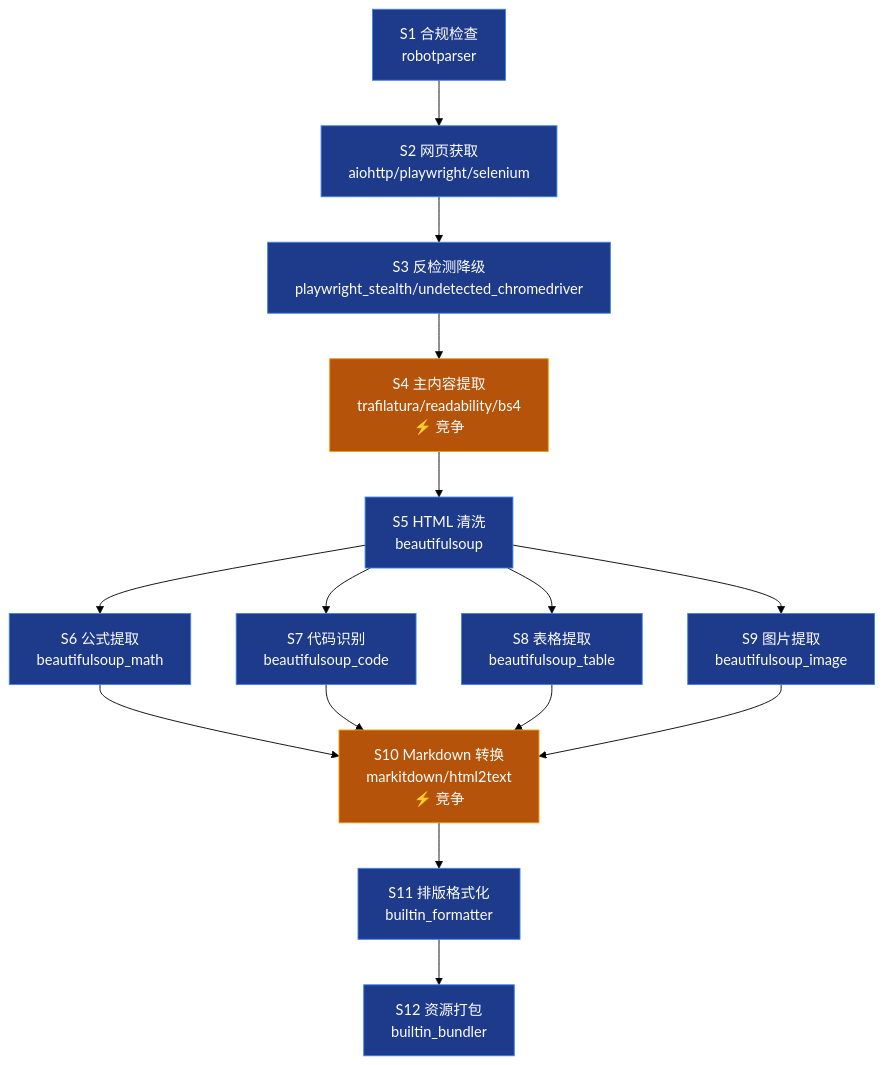
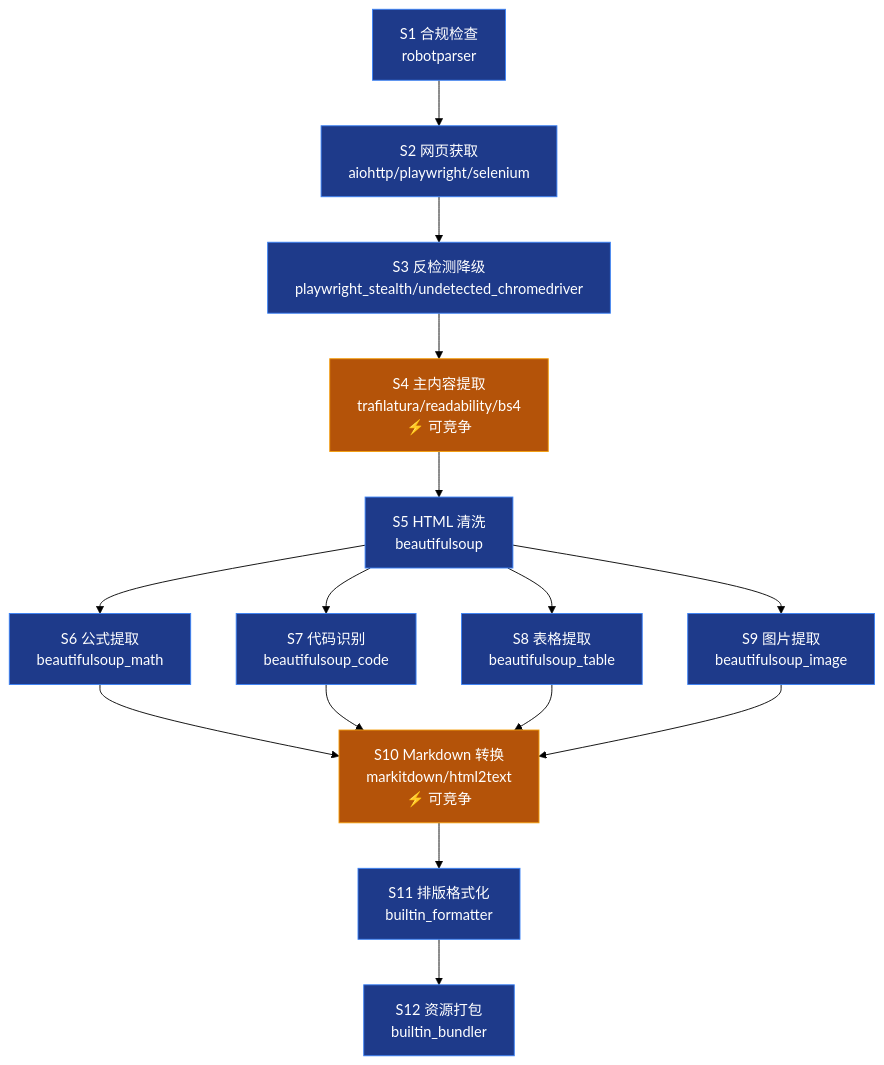
One commit to ThreeFish-AI/negentropy-perceives changed the sixth of 10 diagrams in docs/framework.md. Above: the diagram before and after it, drawn with Mermaid (forest theme). The commit also changed other lines of this file and 4 other files, not shown here.

````diff
--- a/docs/framework.md
+++ b/docs/framework.md
@@ -235,32 +237,32 @@
 ```mermaid
 graph TD
     WS1["S1 合规检查<br/>robotparser"] --> WS2["S2 网页获取<br/>aiohttp/playwright/selenium"]
     WS2 --> WS3["S3 反检测降级<br/>playwright_stealth/undetected_chromedriver"]
-    WS3 --> WS4["S4 主内容提取<br/>trafilatura/readability/bs4<br/>⚡ 竞争"]
+    WS3 --> WS4["S4 主内容提取<br/>trafilatura/readability/bs4<br/>⚡ 可竞争"]
     WS4 --> WS5["S5 HTML 清洗<br/>beautifulsoup"]
 
     WS5 --> WS6["S6 公式提取<br/>beautifulsoup_math"]
     WS5 --> WS7["S7 代码识别<br/>beautifulsoup_code"]
     WS5 --> WS8["S8 表格提取<br/>beautifulsoup_table"]
     WS5 --> WS9["S9 图片提取<br/>beautifulsoup_image"]
 
-    WS6 --> WS10["S10 Markdown 转换<br/>markitdown/html2text<br/>⚡ 竞争"]
+    WS6 --> WS10["S10 Markdown 转换<br/>markitdown/html2text<br/>⚡ 可竞争"]
     WS7 --> WS10
     WS8 --> WS10
     WS9 --> WS10
     WS10 --> WS11["S11 排版格式化<br/>builtin_formatter"]
     WS11 --> WS12["S12 资源打包<br/>builtin_bundler"]
 
     style WS1 fill:#1e3a8a,stroke:#3b82f6,color:#ffffff
     style WS2 fill:#1e3a8a,stroke:#3b82f6,color:#ffffff
     style WS3 fill:#1e3a8a,stroke:#3b82f6,color:#ffffff
     style WS4 fill:#b45309,stroke:#f59e0b,color:#ffffff
     style WS5 fill:#1e3a8a,stroke:#3b82f6,color:#ffffff
     style WS6 fill:#1e3a8a,stroke:#3b82f6,color:#ffffff
     style WS7 fill:#1e3a8a,stroke:#3b82f6,color:#ffffff
     style WS8 fill:#1e3a8a,stroke:#3b82f6,color:#ffffff
     style WS9 fill:#1e3a8a,stroke:#3b82f6,color:#ffffff
     style WS10 fill:#b45309,stroke:#f59e0b,color:#ffffff
     style WS11 fill:#1e3a8a,stroke:#3b82f6,color:#ffffff
     style WS12 fill:#1e3a8a,stroke:#3b82f6,color:#ffffff
 ```
````
